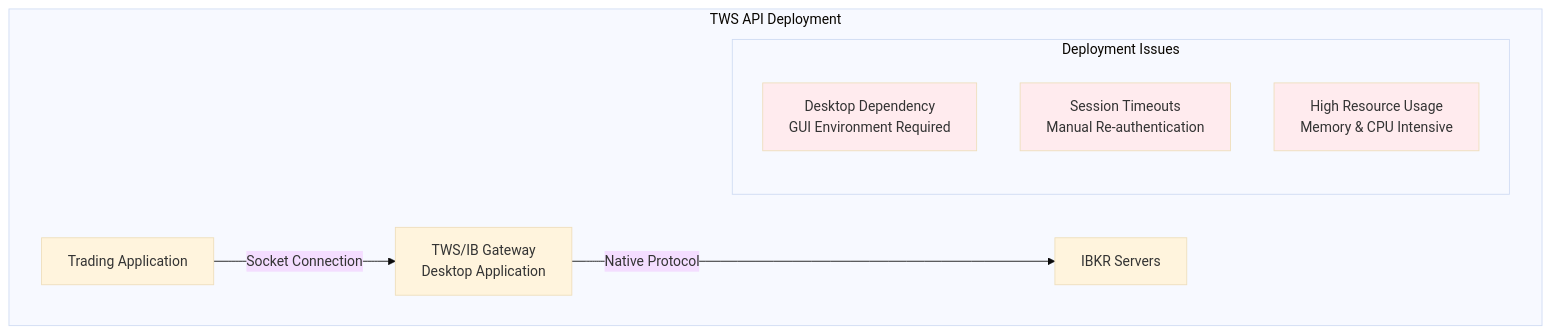
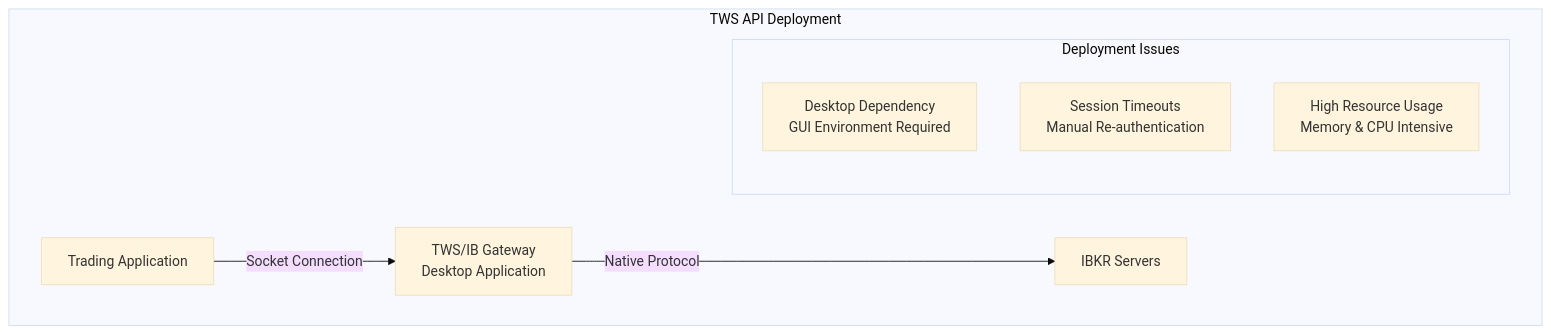
The third of 8 diagrams in src/Python_Programs/IBKR_API_Comparison_Guide.md (petewilburn/Python-Programs-for-Fun-and-Education), drawn with Mermaid (base theme) before and after one commit. The commit also changed other lines of this file and 3 other files, not shown here.

Commit message:
Remove all Mermaid styling for better dark mode compatibility

````diff
--- a/src/Python_Programs/IBKR_API_Comparison_Guide.md
+++ b/src/Python_Programs/IBKR_API_Comparison_Guide.md
@@ -265,20 +256,17 @@
 ```mermaid
 graph TB
     subgraph "TWS API Deployment"
         App[Trading Application]
         TWS[TWS/IB Gateway<br/>Desktop Application]
         IBKR[IBKR Servers]
         
         App -->|Socket Connection| TWS
         TWS -->|Native Protocol| IBKR
         
         subgraph "Deployment Issues"
             Desktop[Desktop Dependency<br/>GUI Environment Required]
             Timeout[Session Timeouts<br/>Manual Re-authentication]
             Resources[High Resource Usage<br/>Memory & CPU Intensive]
         end
     end
-    
-    classDef issue fill:#ffebee
-    class Desktop,Timeout,Resources issue
 ```
````
